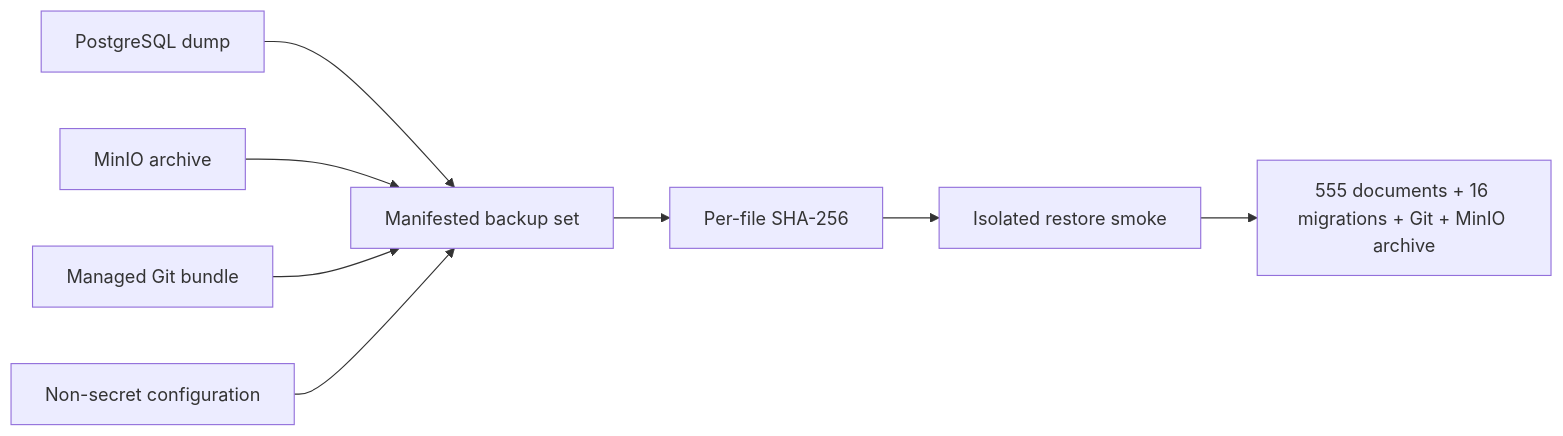
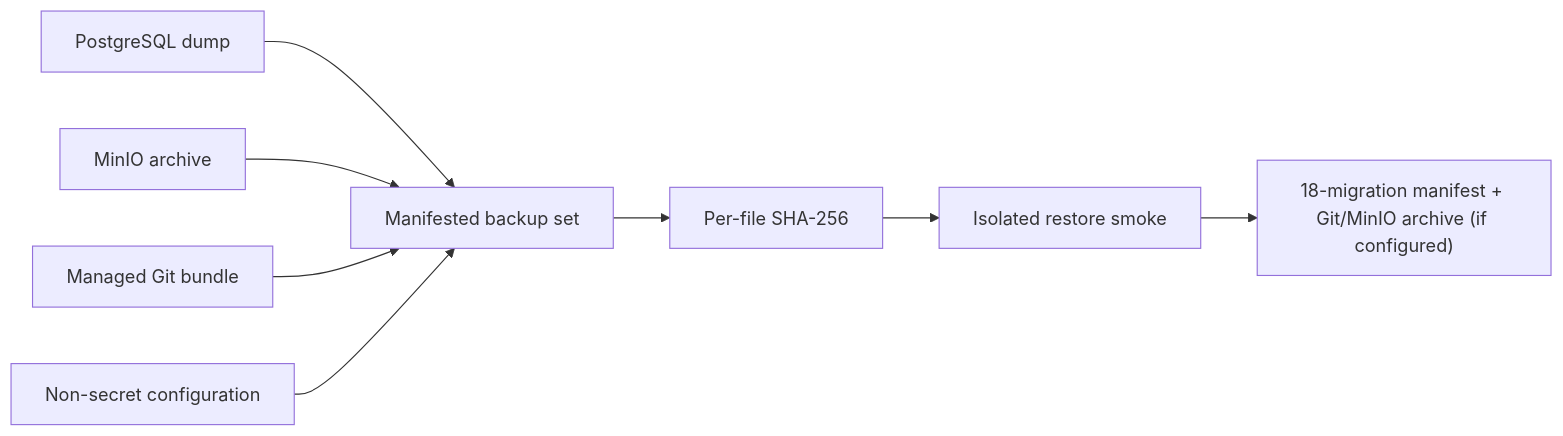
Before and after one commit to David-std/Architecture-Knowledge-Platform: the seventh of 7 diagrams in docs/architecture/runtime-flows.md, drawn with Mermaid. The commit also changed other lines of this file and 113 other files, not shown here.

````diff
--- a/docs/architecture/runtime-flows.md
+++ b/docs/architecture/runtime-flows.md
@@ -143,10 +142,10 @@
 ```mermaid
 flowchart LR
   PG["PostgreSQL dump"] --> Set["Manifested backup set"]
   MinIO["MinIO archive"] --> Set
   Git["Managed Git bundle"] --> Set
   Config["Non-secret configuration"] --> Set
   Set --> Hash["Per-file SHA-256"]
   Hash --> Isolated["Isolated restore smoke"]
-  Isolated --> Checks["555 documents + 16 migrations + Git + MinIO archive"]
+  Isolated --> Checks["18-migration manifest + Git/MinIO archive (if configured)"]
 ```
````
